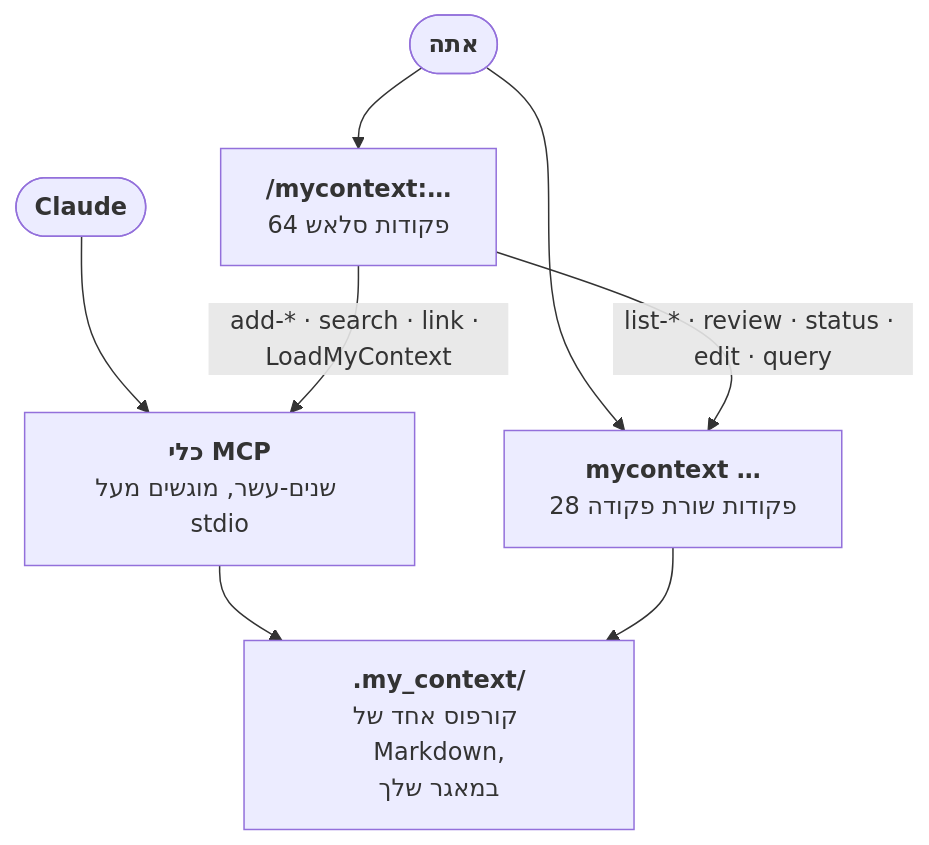
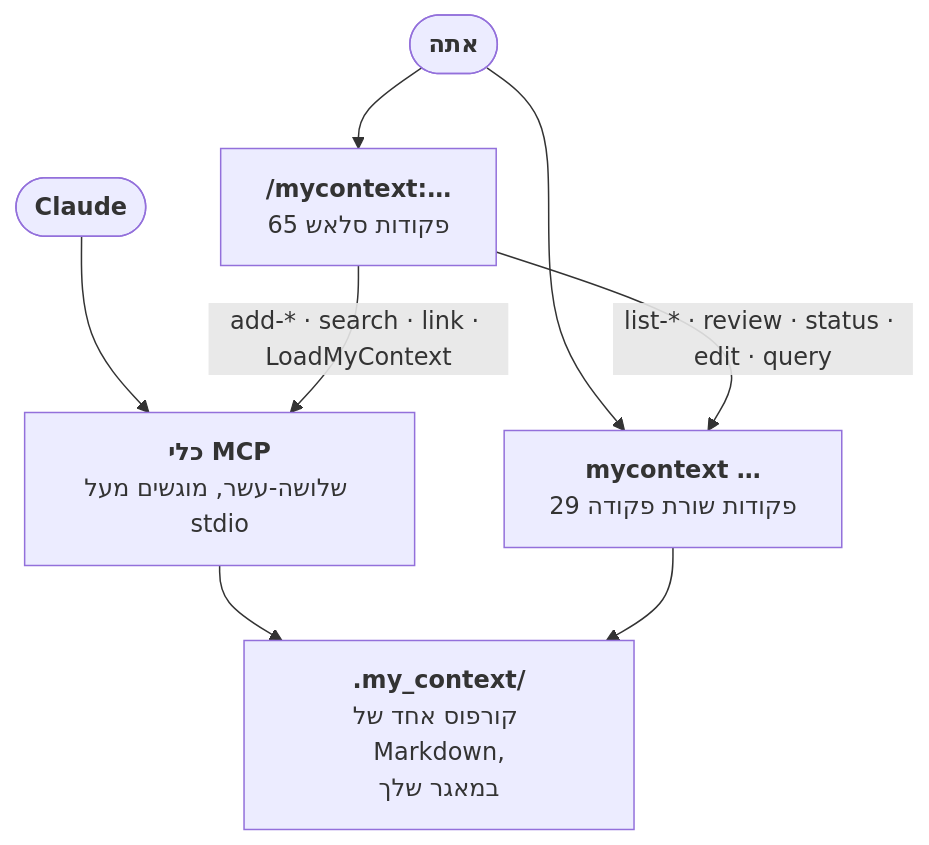
Before and after one commit to Dudi-Bar-On/my-context: the fourth of 5 diagrams in docs/README.he.md, drawn with Mermaid. The commit also changed other lines of this file and 12 other files, not shown here.

````diff
--- a/docs/README.he.md
+++ b/docs/README.he.md
@@ -1795,10 +1795,10 @@
 ```mermaid
 flowchart TB
-  U(["<b>אתה</b>"]) --> SL["<b>/mycontext:…</b><br/>64 פקודות סלאש"]
-  U --> CL["<b>mycontext …</b><br/>28 פקודות שורת פקודה"]
-  A(["<b>Claude</b>"]) --> TL["<b>כלי MCP</b><br/>שנים-עשר, מוגשים מעל stdio"]
+  U(["<b>אתה</b>"]) --> SL["<b>/mycontext:…</b><br/>65 פקודות סלאש"]
+  U --> CL["<b>mycontext …</b><br/>29 פקודות שורת פקודה"]
+  A(["<b>Claude</b>"]) --> TL["<b>כלי MCP</b><br/>שלושה-עשר, מוגשים מעל stdio"]
   SL -->|"add-* · search · link · LoadMyContext"| TL
   SL -->|"list-* · review · status · edit · query"| CL
   TL --> CO["<b>.my_context/</b><br/>קורפוס אחד של Markdown,<br/>במאגר שלך"]
   CL --> CO
 ```
````
